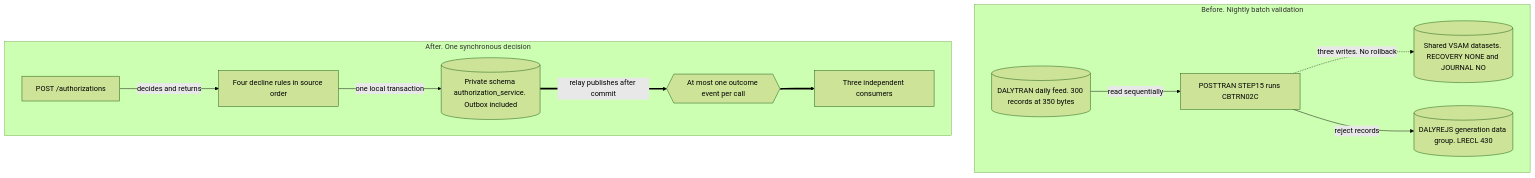
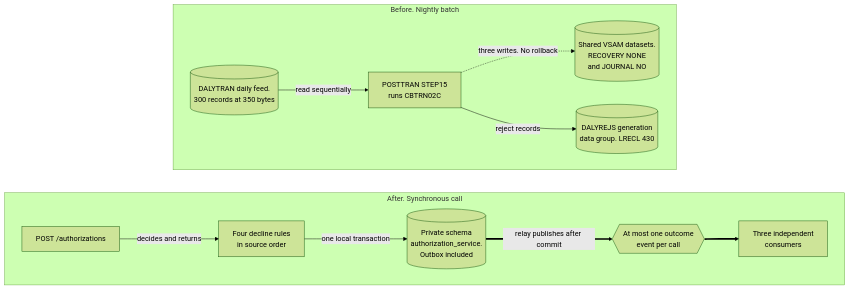
One commit to blitzy-public-samples/aws-carddemo-blitzy changed the second of 2 diagrams in card-platform/services/authorization-service/README.md. Above: the diagram before and after it, drawn with Mermaid (forest theme). The commit also changed other lines of this file and 126 other files, not shown here.

````diff
--- a/card-platform/services/authorization-service/README.md
+++ b/card-platform/services/authorization-service/README.md
@@ -472,24 +474,26 @@
 ```mermaid
 graph TB
-    subgraph BEFORE["Before. Nightly batch validation"]
-        FEED[("DALYTRAN daily feed. 300 records at 350 bytes")]
-        JOB["POSTTRAN STEP15 runs CBTRN02C"]
-        SHARED[("Shared VSAM datasets. RECOVERY NONE and JOURNAL NO")]
-        REJ[("DALYREJS generation data group. LRECL 430")]
+    subgraph BEFORE["Before. Nightly batch"]
+        FEED[("DALYTRAN daily feed.<br/>300 records at 350 bytes")]
+        JOB["POSTTRAN STEP15<br/>runs CBTRN02C"]
+        SHARED[("Shared VSAM datasets.<br/>RECOVERY NONE<br/>and JOURNAL NO")]
+        REJ[("DALYREJS generation<br/>data group. LRECL 430")]
         FEED -->|"read sequentially"| JOB
         JOB -.->|"three writes. No rollback"| SHARED
         JOB -->|"reject records"| REJ
     end
 
-    subgraph AFTER["After. One synchronous decision"]
+    subgraph AFTER["After. Synchronous call"]
         REQ["POST /authorizations"]
-        RULES["Four decline rules in source order"]
-        PRIV[("Private schema authorization_service. Outbox included")]
-        EVENT{{"At most one outcome event per call"}}
-        CONS["Three independent consumers"]
+        RULES["Four decline rules<br/>in source order"]
+        PRIV[("Private schema<br/>authorization_service.<br/>Outbox included")]
+        EVENT{{"At most one outcome<br/>event per call"}}
+        CONS["Three independent<br/>consumers"]
         REQ -->|"decides and returns"| RULES
         RULES -->|"one local transaction"| PRIV
         PRIV ==>|"relay publishes after commit"| EVENT
         EVENT ==> CONS
     end
+
+    BEFORE ~~~ AFTER
 ```
````
